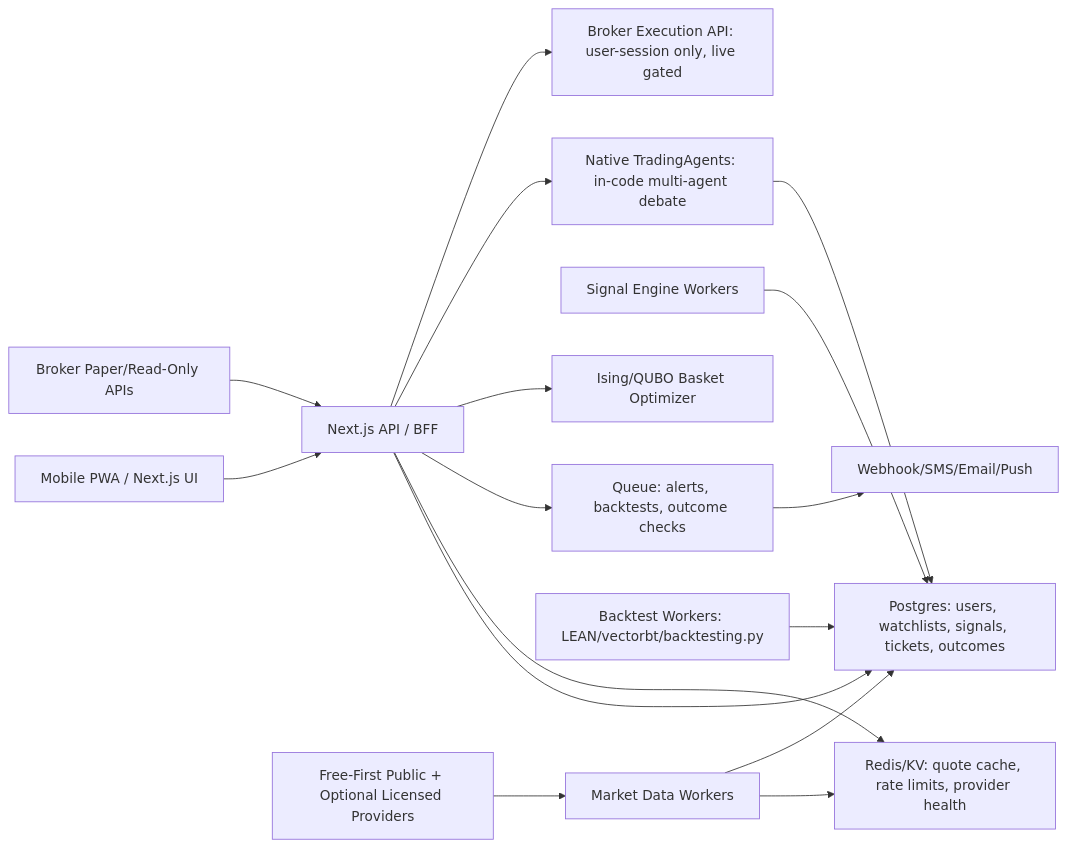
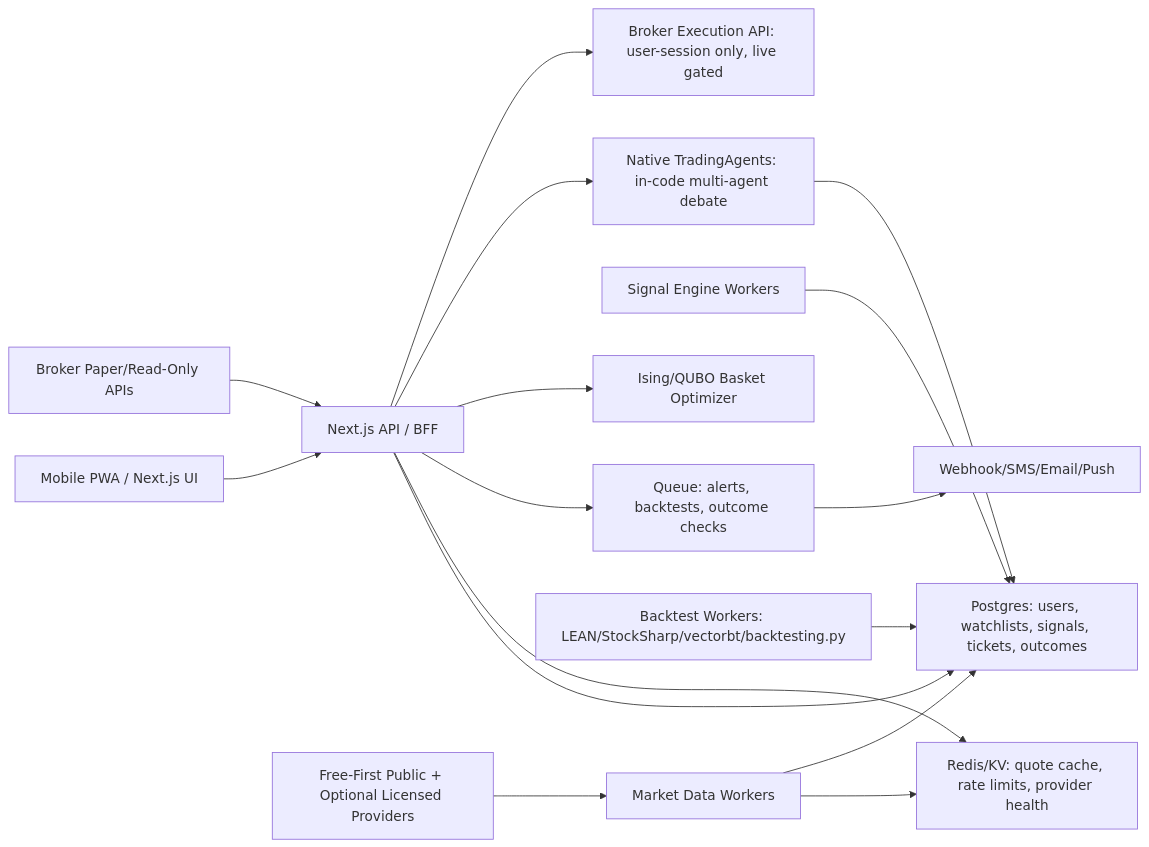
One commit to pinohu/trading-intel changed the diagram in docs/ARCHITECTURE.md. Above: the diagram before and after it, drawn with Mermaid. The commit also changed other lines of this file and 13 other files, not shown here.

Commit message:
Add StockSharp external worker integration

````diff
--- a/docs/ARCHITECTURE.md
+++ b/docs/ARCHITECTURE.md
@@ -35,18 +35,18 @@
 ```mermaid
 flowchart LR
   UI["Mobile PWA / Next.js UI"] --> BFF["Next.js API / BFF"]
   BFF --> DB["Postgres: users, watchlists, signals, tickets, outcomes"]
   BFF --> Cache["Redis/KV: quote cache, rate limits, provider health"]
   BFF --> Queue["Queue: alerts, backtests, outcome checks"]
   DataWorker["Market Data Workers"] --> Cache
   DataWorker --> DB
   Providers["Free-First Public + Optional Licensed Providers"] --> DataWorker
   SignalWorker["Signal Engine Workers"] --> DB
   BFF --> Ising["Ising/QUBO Basket Optimizer"]
   BFF --> TradingAgents["Native TradingAgents: in-code multi-agent debate"]
   TradingAgents --> DB
-  BacktestWorker["Backtest Workers: LEAN/vectorbt/backtesting.py"] --> DB
+  BacktestWorker["Backtest Workers: LEAN/StockSharp/vectorbt/backtesting.py"] --> DB
   Broker["Broker Paper/Read-Only APIs"] --> BFF
   BFF --> BrokerExec["Broker Execution API: user-session only, live gated"]
   Queue --> Alerts["Webhook/SMS/Email/Push"]
 ```
````
